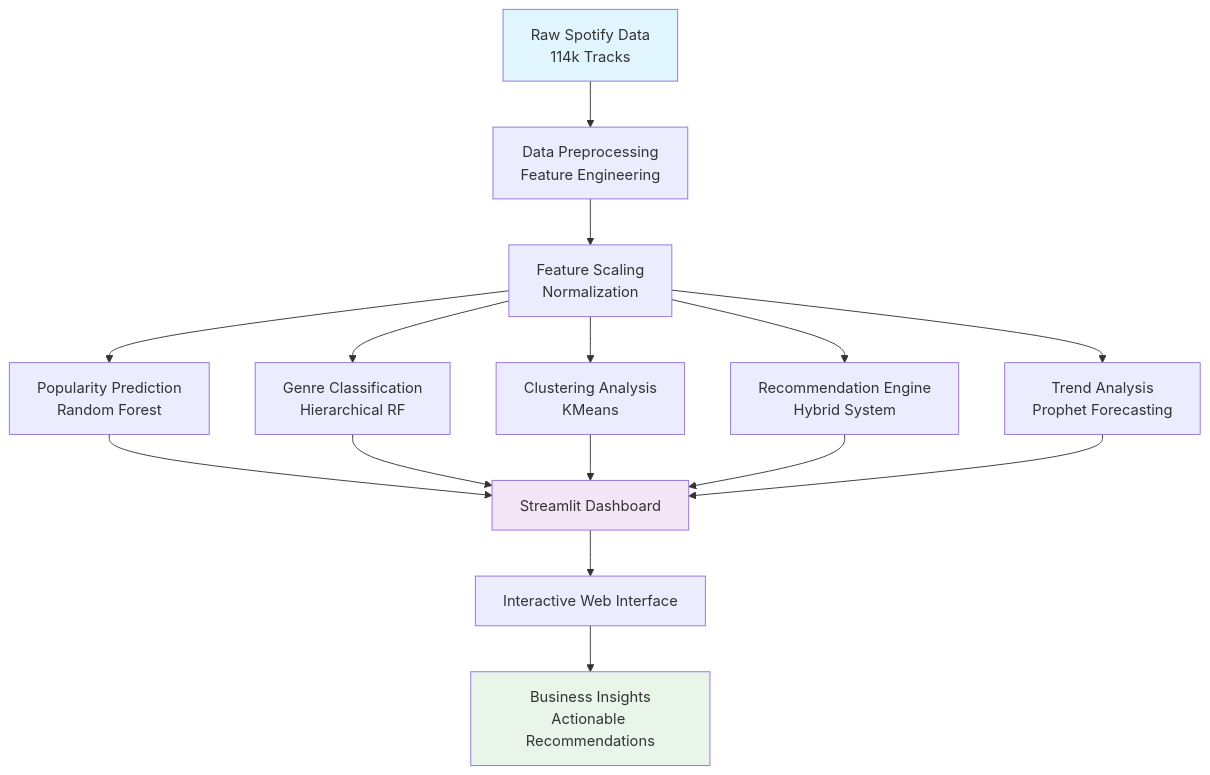
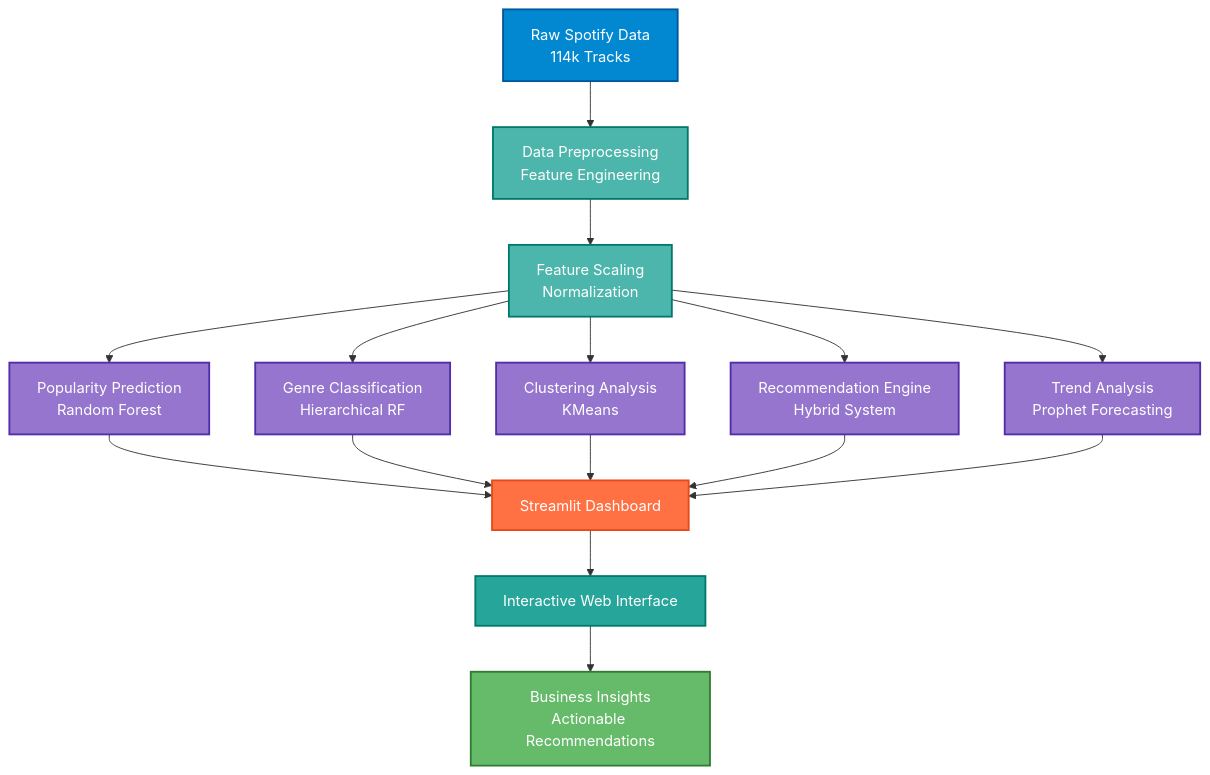
The diagram in README.md (Balaji-itz-me/spotify-genre-classifier-recommender), drawn with Mermaid before and after one commit.

````diff
--- a/README.md
+++ b/README.md
@@ -57,24 +57,36 @@
 ```mermaid
 graph TD
     A[Raw Spotify Data<br/>114k Tracks] --> B[Data Preprocessing<br/>Feature Engineering]
     B --> C[Feature Scaling<br/>Normalization]
     
     C --> D[Popularity Prediction<br/>Random Forest]
     C --> E[Genre Classification<br/>Hierarchical RF]
     C --> F[Clustering Analysis<br/>KMeans]
     C --> G[Recommendation Engine<br/>Hybrid System]
     C --> H[Trend Analysis<br/>Prophet Forecasting]
     
     D --> I[Streamlit Dashboard]
     E --> I
     F --> I
     G --> I
     H --> I
     
     I --> J[Interactive Web Interface]
     J --> K[Business Insights<br/>Actionable Recommendations]
     
-    style A fill:#e1f5fe
-    style I fill:#f3e5f5
-    style K fill:#e8f5e8
+    %% Styles
+    style A fill:#0288d1,stroke:#01579b,stroke-width:2,color:#fff
+    style B fill:#4db6ac,stroke:#00796b,stroke-width:2,color:#fff
+    style C fill:#4db6ac,stroke:#00796b,stroke-width:2,color:#fff
+    
+    style D fill:#9575cd,stroke:#512da8,stroke-width:2,color:#fff
+    style E fill:#9575cd,stroke:#512da8,stroke-width:2,color:#fff
+    style F fill:#9575cd,stroke:#512da8,stroke-width:2,color:#fff
+    style G fill:#9575cd,stroke:#512da8,stroke-width:2,color:#fff
+    style H fill:#9575cd,stroke:#512da8,stroke-width:2,color:#fff
+    
+    style I fill:#ff7043,stroke:#e64a19,stroke-width:2,color:#fff
+    style J fill:#26a69a,stroke:#00796b,stroke-width:2,color:#fff
+    style K fill:#66bb6a,stroke:#2e7d32,stroke-width:2,color:#fff
+
 ```
````
